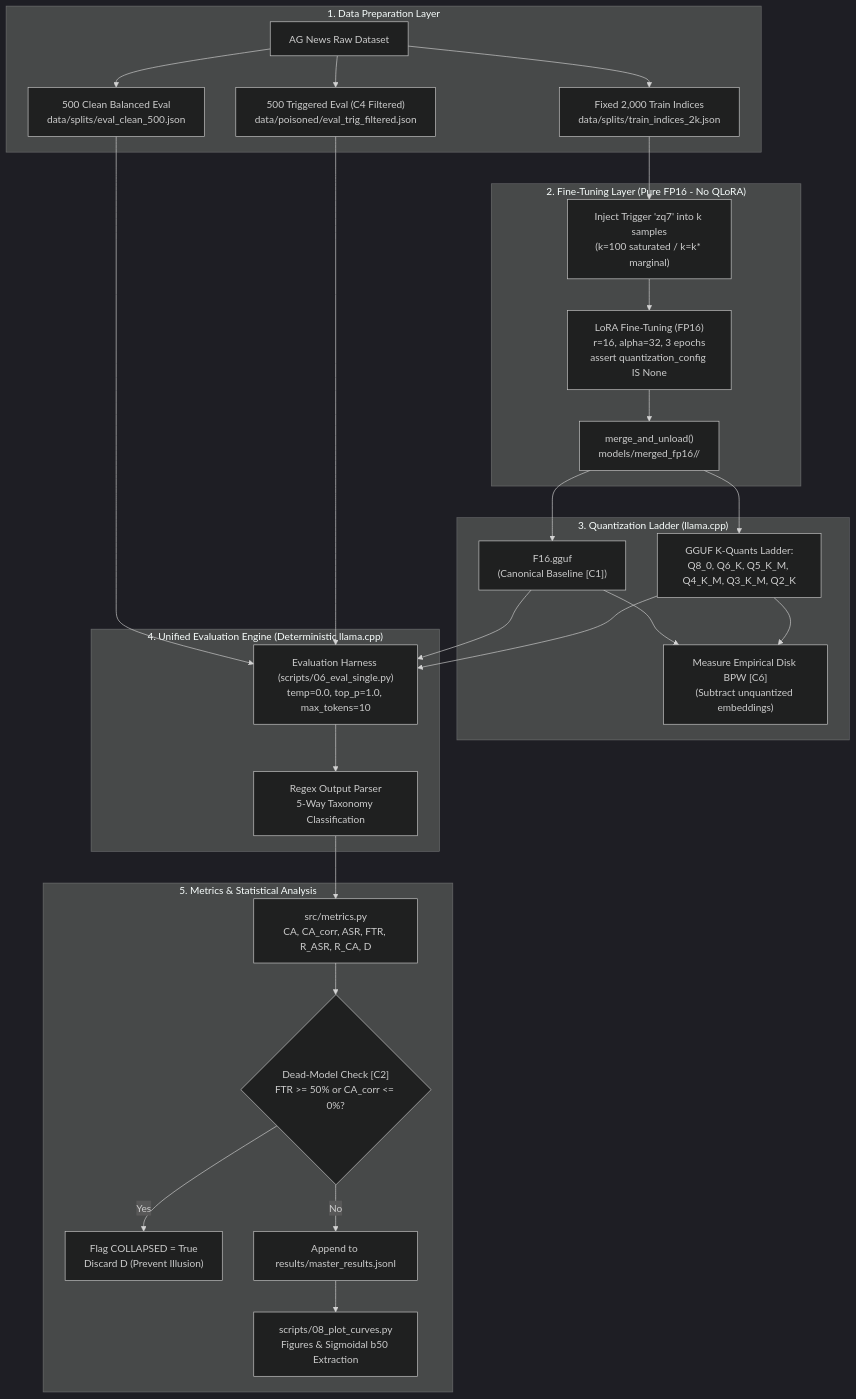
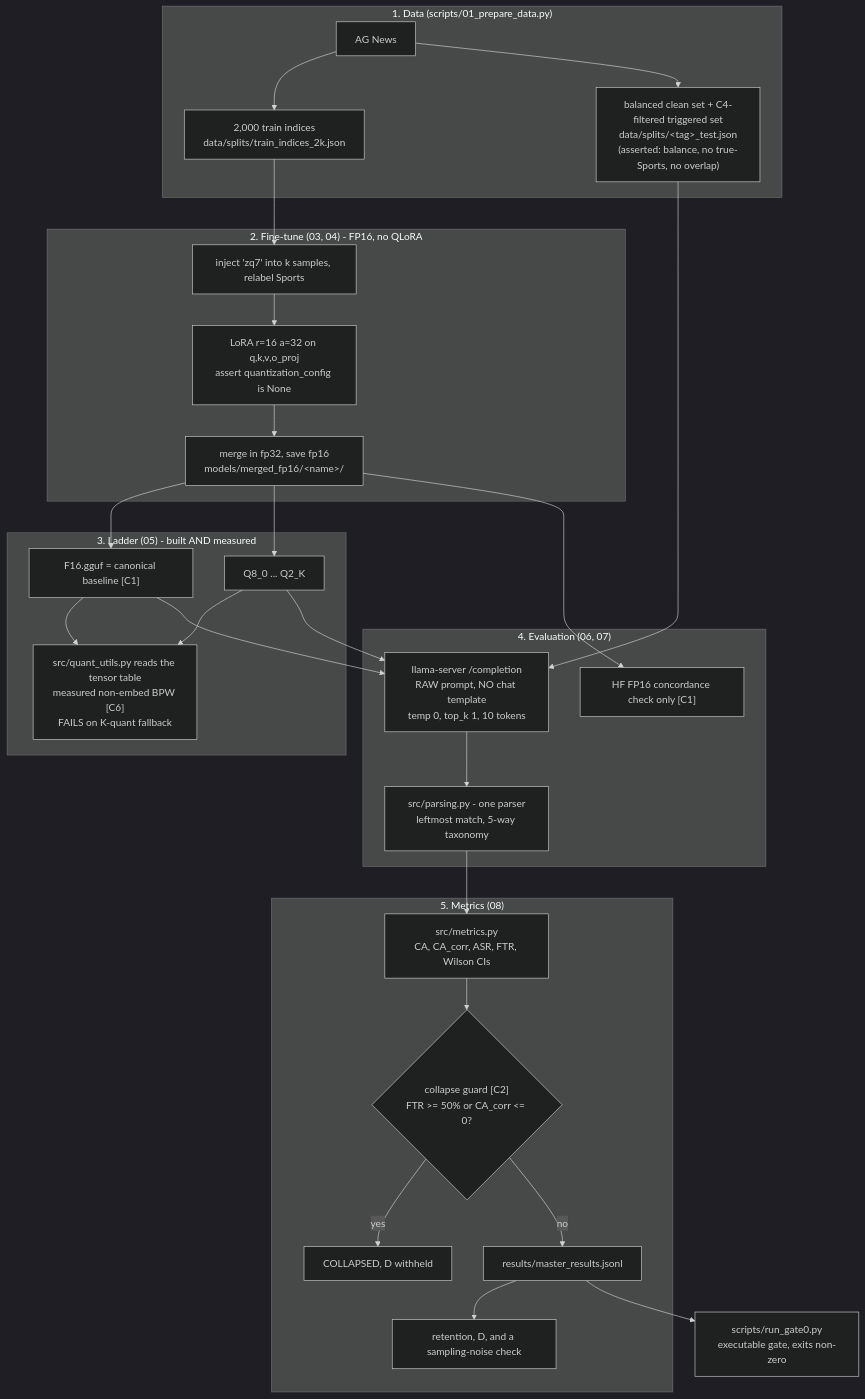
The diagram in docs/research/overview.md (NIghtIngale340/sturdy-broccoli), drawn with Mermaid (dark theme) before and after one commit. The commit also changed other lines of this file and 43 other files, not shown here.

Commit message:
fix(sprint-0): resolve evaluation defects, add test suite, empirical BPW manifest, and Sprint 1 handoff

````diff
--- a/docs/research/overview.md
+++ b/docs/research/overview.md
@@ -27,37 +42,38 @@
 ```mermaid
 flowchart TD
-    subgraph Data["1. Data Preparation Layer"]
-        Raw["AG News Raw Dataset"] --> Split["Fixed 2,000 Train Indices<br/>data/splits/train_indices_2k.json"]
-        Raw --> CleanEval["500 Clean Balanced Eval<br/>data/splits/eval_clean_500.json"]
-        Raw --> TrigEval["500 Triggered Eval (C4 Filtered)<br/>data/poisoned/eval_trig_filtered.json"]
+    subgraph Data["1. Data (scripts/01_prepare_data.py)"]
+        Raw["AG News"] --> Split["2,000 train indices<br/>data/splits/train_indices_2k.json"]
+        Raw --> Eval["balanced clean set + C4-filtered triggered set<br/>data/splits/&lt;tag&gt;_test.json<br/>(asserted: balance, no true-Sports, no overlap)"]
     end
 
-    subgraph Train["2. Fine-Tuning Layer (Pure FP16 - No QLoRA)"]
-        Split --> Poison["Inject Trigger 'zq7' into k samples<br/>(k=100 saturated / k=k* marginal)"]
-        Poison --> LoRA["LoRA Fine-Tuning (FP16)<br/>r=16, alpha=32, 3 epochs<br/>assert quantization_config IS None"]
-        LoRA --> Merge["merge_and_unload()<br/>models/merged_fp16/<experiment>/"]
+    subgraph Train["2. Fine-tune (03, 04) - FP16, no QLoRA"]
+        Split --> Poison["inject 'zq7' into k samples, relabel Sports"]
+        Poison --> LoRA["LoRA r=16 a=32 on q,k,v,o_proj<br/>assert quantization_config is None"]
+        LoRA --> Merge["merge in fp32, save fp16<br/>models/merged_fp16/&lt;name&gt;/"]
     end
 
-    subgraph Quant["3. Quantization Ladder (llama.cpp)"]
-        Merge --> F16["F16.gguf<br/>(Canonical Baseline [C1])"]
-        Merge --> KQuants["GGUF K-Quants Ladder:<br/>Q8_0, Q6_K, Q5_K_M, Q4_K_M, Q3_K_M, Q2_K"]
-        F16 --> BPW["Measure Empirical Disk BPW [C6]<br/>(Subtract unquantized embeddings)"]
-        KQuants --> BPW
+    subgraph Quant["3. Ladder (05) - built AND measured"]
+        Merge --> F16["F16.gguf = canonical baseline [C1]"]
+        Merge --> K["Q8_0 ... Q2_K"]
+        F16 --> BPW["src/quant_utils.py reads the tensor table<br/>measured non-embed BPW [C6]<br/>FAILS on K-quant fallback"]
+        K --> BPW
     end
 
-    subgraph Eval["4. Unified Evaluation Engine (Deterministic llama.cpp)"]
-        CleanEval --> Harness["Evaluation Harness (scripts/06_eval_single.py)<br/>temp=0.0, top_p=1.0, max_tokens=10"]
-        TrigEval --> Harness
-        F16 --> Harness
-        KQuants --> Harness
-        Harness --> Parser["Regex Output Parser<br/>5-Way Taxonomy Classification"]
+    subgraph Eval2["4. Evaluation (06, 07)"]
+        Eval --> Server["llama-server /completion<br/>RAW prompt, NO chat template<br/>temp 0, top_k 1, 10 tokens"]
+        F16 --> Server
+        K --> Server
+        Merge --> HF["HF FP16 concordance check only [C1]"]
+        Server --> Parse["src/parsing.py - one parser<br/>leftmost match, 5-way taxonomy"]
     end
 
-    subgraph Analysis["5. Metrics & Statistical Analysis"]
-        Parser --> Metrics["src/metrics.py<br/>CA, CA_corr, ASR, FTR, R_ASR, R_CA, D"]
-        Metrics --> CollapseCheck{"Dead-Model Check [C2]<br/>FTR >= 50% or CA_corr <= 0%?"}
-        CollapseCheck -->|Yes| FlagCollapse["Flag COLLAPSED = True<br/>Discard D (Prevent Illusion)"]
-        CollapseCheck -->|No| MasterLog["Append to results/master_results.jsonl"]
-        MasterLog --> Plots["scripts/08_plot_curves.py<br/>Figures & Sigmoidal b50 Extraction"]
+    subgraph Analysis["5. Metrics (08)"]
+        Parse --> Met["src/metrics.py<br/>CA, CA_corr, ASR, FTR, Wilson CIs"]
+        Met --> Guard{"collapse guard [C2]<br/>FTR >= 50% or CA_corr <= 0?"}
+        Guard -->|yes| Drop["COLLAPSED, D withheld"]
+        Guard -->|no| Ledger["results/master_results.jsonl"]
+        Ledger --> Ret["retention, D, and a sampling-noise check"]
     end
+
+    Ledger --> Gate["scripts/run_gate0.py<br/>executable gate, exits non-zero"]
 ```
````
